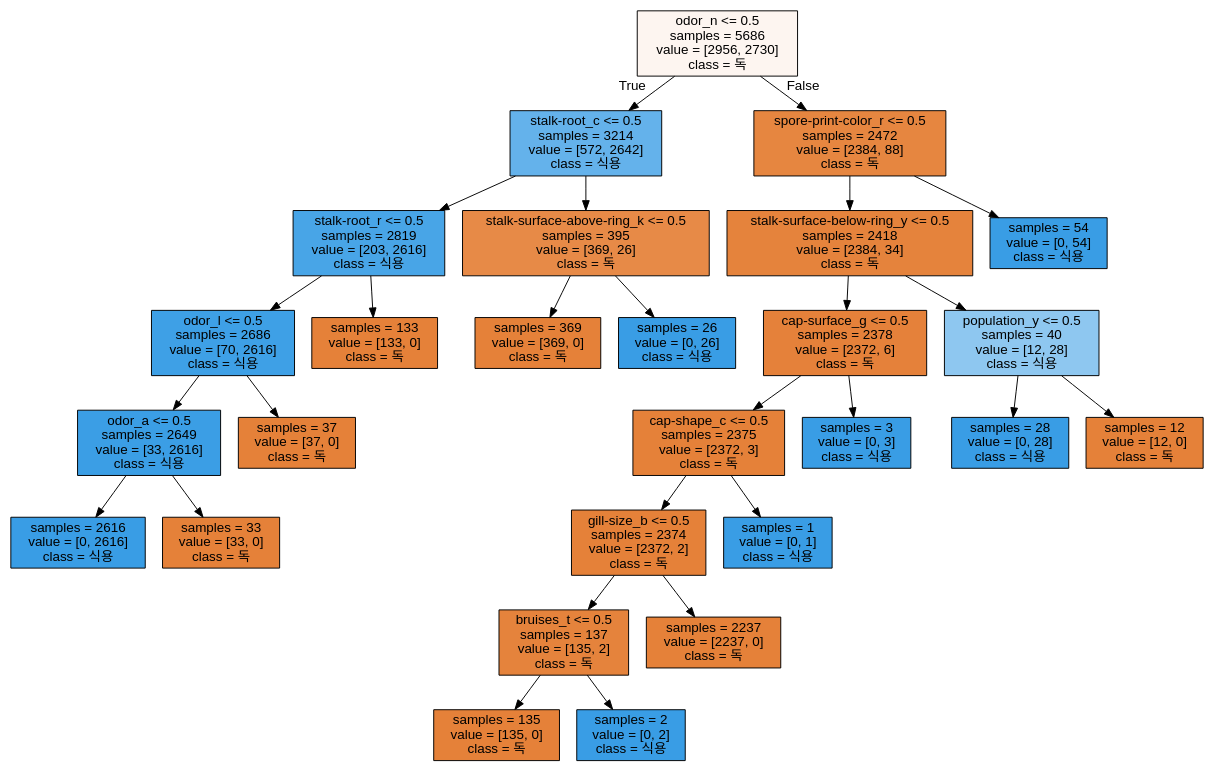
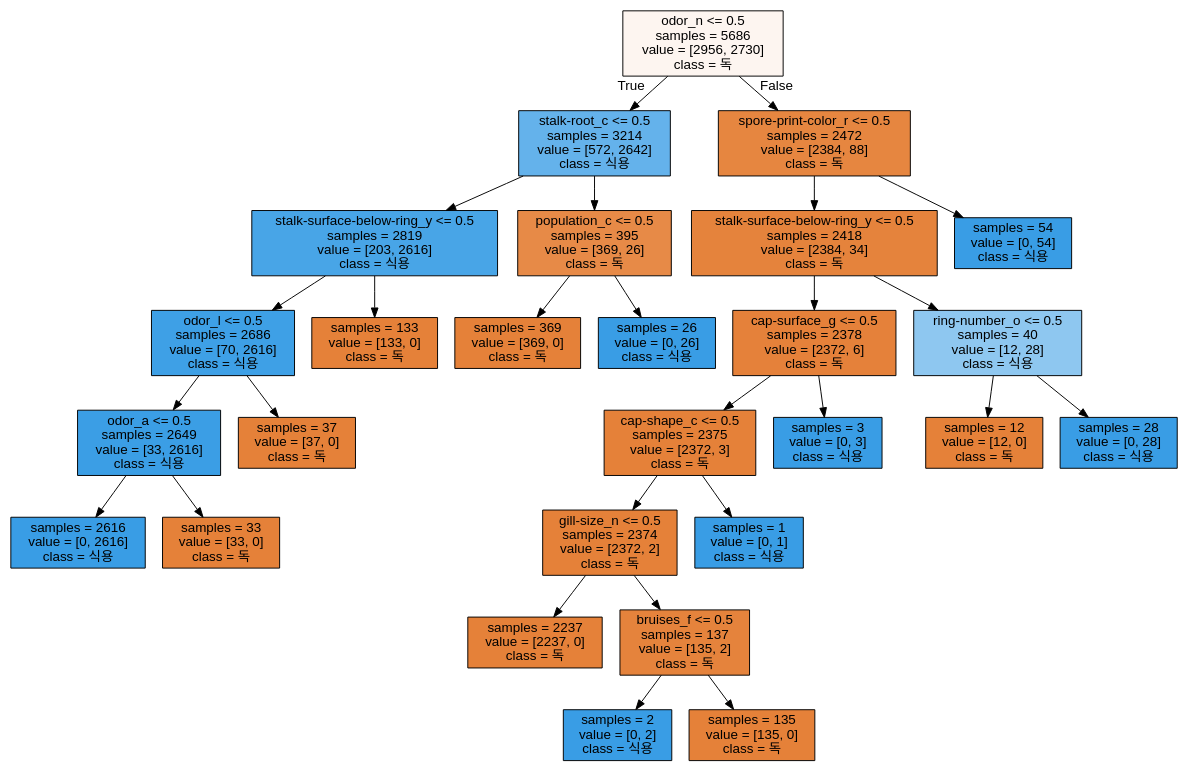
Before and after one commit to rimgosu/PythonScienceStudy: the diagram in MachineLearning/tree.dot, drawn with Graphviz. The commit also changed 11 other files, not shown here.

```diff
--- a/MachineLearning/tree.dot
+++ b/MachineLearning/tree.dot
@@ -1,57 +1,57 @@
 digraph Tree {
 node [shape=box, style="filled", color="black", fontname="helvetica"] ;
 edge [fontname="helvetica"] ;
 0 [label="odor_n <= 0.5\nsamples = 5686\nvalue = [2956, 2730]\nclass = 독", fillcolor="#fdf5f0"] ;
 1 [label="stalk-root_c <= 0.5\nsamples = 3214\nvalue = [572, 2642]\nclass = 식용", fillcolor="#64b2eb"] ;
 0 -> 1 [labeldistance=2.5, labelangle=45, headlabel="True"] ;
-2 [label="stalk-root_r <= 0.5\nsamples = 2819\nvalue = [203, 2616]\nclass = 식용", fillcolor="#48a5e7"] ;
+2 [label="stalk-surface-below-ring_y <= 0.5\nsamples = 2819\nvalue = [203, 2616]\nclass = 식용", fillcolor="#48a5e7"] ;
 1 -> 2 ;
 3 [label="odor_l <= 0.5\nsamples = 2686\nvalue = [70, 2616]\nclass = 식용", fillcolor="#3ea0e6"] ;
 2 -> 3 ;
 4 [label="odor_a <= 0.5\nsamples = 2649\nvalue = [33, 2616]\nclass = 식용", fillcolor="#3b9ee5"] ;
 3 -> 4 ;
 5 [label="samples = 2616\nvalue = [0, 2616]\nclass = 식용", fillcolor="#399de5"] ;
 4 -> 5 ;
 6 [label="samples = 33\nvalue = [33, 0]\nclass = 독", fillcolor="#e58139"] ;
 4 -> 6 ;
 7 [label="samples = 37\nvalue = [37, 0]\nclass = 독", fillcolor="#e58139"] ;
 3 -> 7 ;
 8 [label="samples = 133\nvalue = [133, 0]\nclass = 독", fillcolor="#e58139"] ;
 2 -> 8 ;
-9 [label="stalk-surface-above-ring_k <= 0.5\nsamples = 395\nvalue = [369, 26]\nclass = 독", fillcolor="#e78a47"] ;
+9 [label="population_c <= 0.5\nsamples = 395\nvalue = [369, 26]\nclass = 독", fillcolor="#e78a47"] ;
 1 -> 9 ;
 10 [label="samples = 369\nvalue = [369, 0]\nclass = 독", fillcolor="#e58139"] ;
 9 -> 10 ;
 11 [label="samples = 26\nvalue = [0, 26]\nclass = 식용", fillcolor="#399de5"] ;
 9 -> 11 ;
 12 [label="spore-print-color_r <= 0.5\nsamples = 2472\nvalue = [2384, 88]\nclass = 독", fillcolor="#e68640"] ;
 0 -> 12 [labeldistance=2.5, labelangle=-45, headlabel="False"] ;
 13 [label="stalk-surface-below-ring_y <= 0.5\nsamples = 2418\nvalue = [2384, 34]\nclass = 독", fillcolor="#e5833c"] ;
 12 -> 13 ;
 14 [label="cap-surface_g <= 0.5\nsamples = 2378\nvalue = [2372, 6]\nclass = 독", fillcolor="#e5813a"] ;
 13 -> 14 ;
 15 [label="cap-shape_c <= 0.5\nsamples = 2375\nvalue = [2372, 3]\nclass = 독", fillcolor="#e58139"] ;
 14 -> 15 ;
-16 [label="gill-size_b <= 0.5\nsamples = 2374\nvalue = [2372, 2]\nclass = 독", fillcolor="#e58139"] ;
+16 [label="gill-size_n <= 0.5\nsamples = 2374\nvalue = [2372, 2]\nclass = 독", fillcolor="#e58139"] ;
 15 -> 16 ;
-17 [label="bruises_t <= 0.5\nsamples = 137\nvalue = [135, 2]\nclass = 독", fillcolor="#e5833c"] ;
+17 [label="samples = 2237\nvalue = [2237, 0]\nclass = 독", fillcolor="#e58139"] ;
 16 -> 17 ;
-18 [label="samples = 135\nvalue = [135, 0]\nclass = 독", fillcolor="#e58139"] ;
-17 -> 18 ;
+18 [label="bruises_f <= 0.5\nsamples = 137\nvalue = [135, 2]\nclass = 독", fillcolor="#e5833c"] ;
+16 -> 18 ;
 19 [label="samples = 2\nvalue = [0, 2]\nclass = 식용", fillcolor="#399de5"] ;
-17 -> 19 ;
-20 [label="samples = 2237\nvalue = [2237, 0]\nclass = 독", fillcolor="#e58139"] ;
-16 -> 20 ;
+18 -> 19 ;
+20 [label="samples = 135\nvalue = [135, 0]\nclass = 독", fillcolor="#e58139"] ;
+18 -> 20 ;
 21 [label="samples = 1\nvalue = [0, 1]\nclass = 식용", fillcolor="#399de5"] ;
 15 -> 21 ;
 22 [label="samples = 3\nvalue = [0, 3]\nclass = 식용", fillcolor="#399de5"] ;
 14 -> 22 ;
-23 [label="population_y <= 0.5\nsamples = 40\nvalue = [12, 28]\nclass = 식용", fillcolor="#8ec7f0"] ;
+23 [label="ring-number_o <= 0.5\nsamples = 40\nvalue = [12, 28]\nclass = 식용", fillcolor="#8ec7f0"] ;
 13 -> 23 ;
-24 [label="samples = 28\nvalue = [0, 28]\nclass = 식용", fillcolor="#399de5"] ;
+24 [label="samples = 12\nvalue = [12, 0]\nclass = 독", fillcolor="#e58139"] ;
 23 -> 24 ;
-25 [label="samples = 12\nvalue = [12, 0]\nclass = 독", fillcolor="#e58139"] ;
+25 [label="samples = 28\nvalue = [0, 28]\nclass = 식용", fillcolor="#399de5"] ;
 23 -> 25 ;
 26 [label="samples = 54\nvalue = [0, 54]\nclass = 식용", fillcolor="#399de5"] ;
 12 -> 26 ;
 }
```
